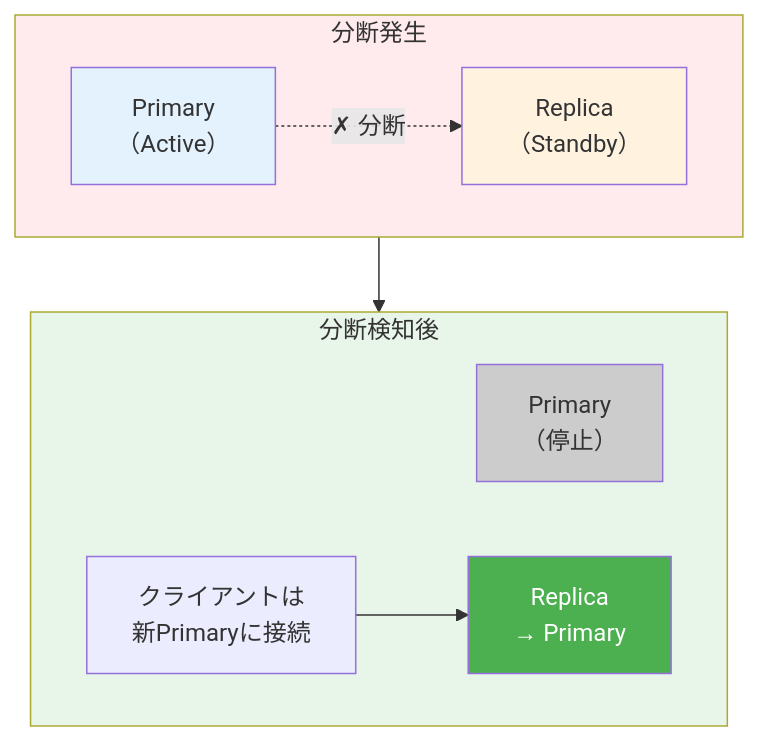
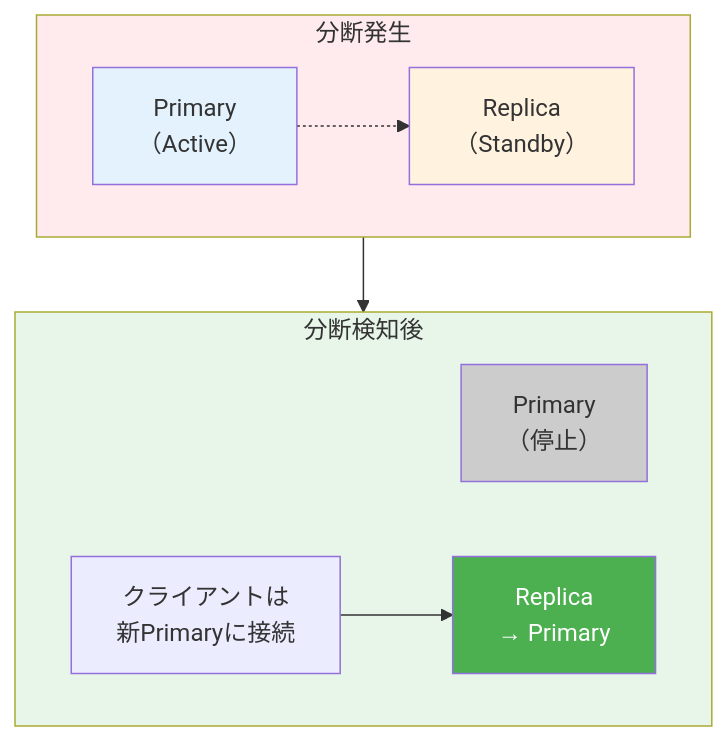
Before and after one commit to yasuhisa1984/blog: diagram 16 of 19 in content/posts/cap-theorem-complete-guide.md, drawn with Mermaid. The commit also changed other lines of this file, not shown here.

First line of the commit message:
fix: CAP定理記事のMermaid v11構文エラーを修正

````diff
--- a/content/posts/cap-theorem-complete-guide.md
+++ b/content/posts/cap-theorem-complete-guide.md
@@ -654,24 +637,24 @@
 ```mermaid
 graph TB
     subgraph Before["分断発生"]
         Primary1["Primary<br/>（Active）"]
         Replica1["Replica<br/>（Standby）"]
-        Primary1 -.->|✗ 分断| Replica1
+        Primary1 -.-> Replica1
     end
 
     subgraph After["分断検知後"]
         Primary2["Primary<br/>（停止）"]
         Replica2["Replica<br/>→ Primary"]
         Client["クライアントは<br/>新Primaryに接続"]
         Client --> Replica2
     end
 
     Before --> After
 
     style Before fill:#ffebee
     style After fill:#e8f5e9
     style Primary1 fill:#e3f2fd
     style Replica1 fill:#fff3e0
     style Primary2 fill:#ccc
     style Replica2 fill:#4caf50,color:#fff
 ```
````
